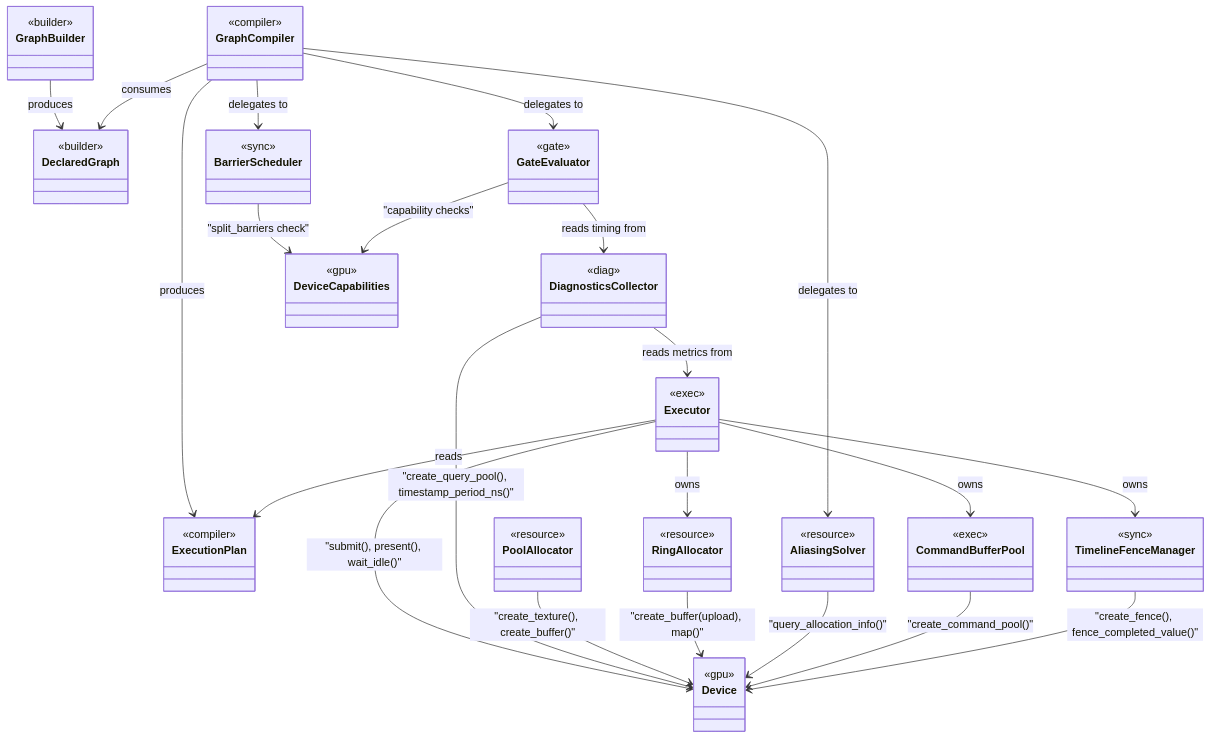
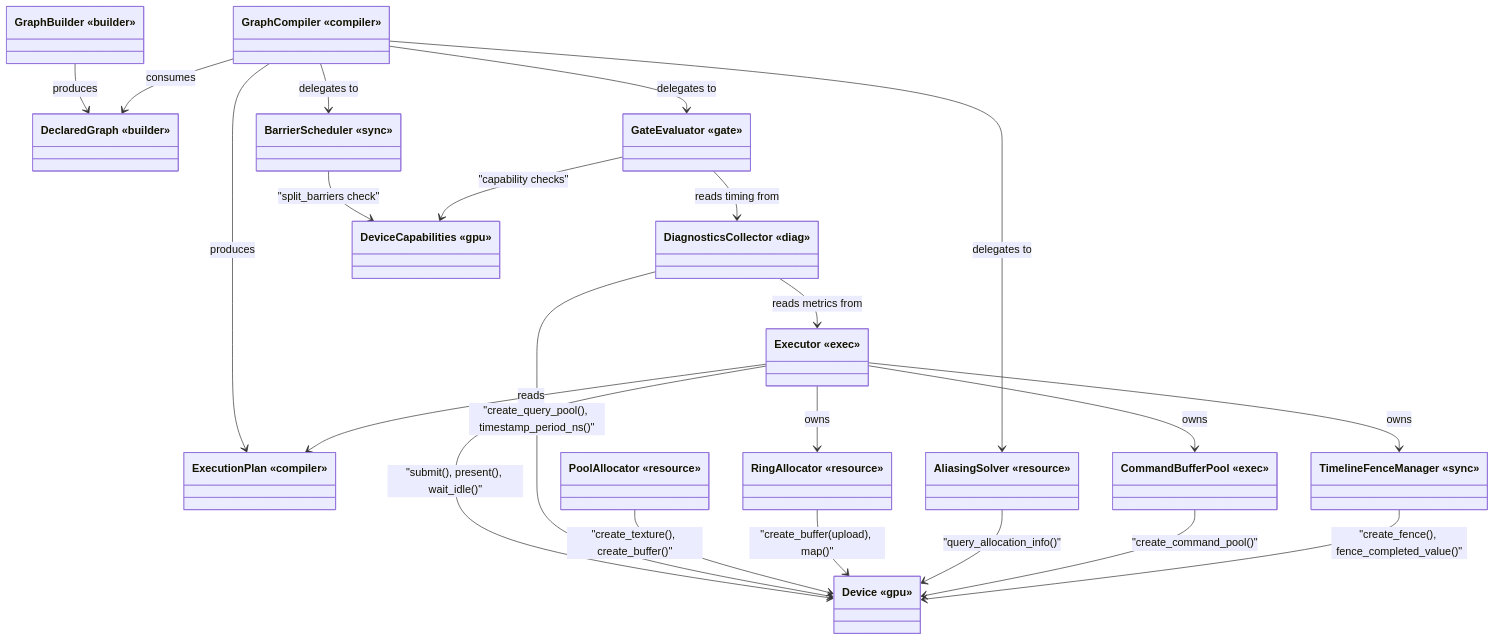
Before and after one commit to harmonius-dev/harmonius: the tenth of 15 diagrams in docs/design/render-graph-classes.md, drawn with Mermaid. The commit also changed other lines of this file and 26 other files, not shown here.

Commit message:
Add class diagrams and update CMake config

````diff
--- a/docs/design/render-graph-classes.md
+++ b/docs/design/render-graph-classes.md
@@ -688,70 +866,40 @@
 ```mermaid
 classDiagram
-    class GraphBuilder {
-        <<builder>>
-    }
-    class DeclaredGraph {
-        <<builder>>
-    }
-    class GraphCompiler {
-        <<compiler>>
-    }
-    class ExecutionPlan {
-        <<compiler>>
-    }
-    class GateEvaluator {
-        <<gate>>
-    }
-    class BarrierScheduler {
-        <<sync>>
-    }
-    class AliasingSolver {
-        <<resource>>
-    }
-    class Executor {
-        <<exec>>
-    }
-    class TimelineFenceManager {
-        <<sync>>
-    }
-    class CommandBufferPool {
-        <<exec>>
-    }
-    class RingAllocator {
-        <<resource>>
-    }
-    class PoolAllocator {
-        <<resource>>
-    }
-    class DiagnosticsCollector {
-        <<diag>>
-    }
-    class Device {
-        <<gpu>>
-    }
-    class DeviceCapabilities {
-        <<gpu>>
-    }
+    class GraphBuilder["GraphBuilder «builder»"]
+    class DeclaredGraph["DeclaredGraph «builder»"]
+    class GraphCompiler["GraphCompiler «compiler»"]
+    class ExecutionPlan["ExecutionPlan «compiler»"]
+    class GateEvaluator["GateEvaluator «gate»"]
+    class BarrierScheduler["BarrierScheduler «sync»"]
+    class AliasingSolver["AliasingSolver «resource»"]
+    class Executor["Executor «exec»"]
+    class TimelineFenceManager["TimelineFenceManager «sync»"]
+    class CommandBufferPool["CommandBufferPool «exec»"]
+    class RingAllocator["RingAllocator «resource»"]
+    class PoolAllocator["PoolAllocator «resource»"]
+    class DiagnosticsCollector["DiagnosticsCollector «diag»"]
+    class Device["Device «gpu»"]
+    class DeviceCapabilities["DeviceCapabilities «gpu»"]
 
     GraphBuilder --> DeclaredGraph : produces
     GraphCompiler --> DeclaredGraph : consumes
     GraphCompiler --> GateEvaluator : delegates to
     GraphCompiler --> BarrierScheduler : delegates to
     GraphCompiler --> AliasingSolver : delegates to
     GraphCompiler --> ExecutionPlan : produces
     Executor --> ExecutionPlan : reads
     Executor --> TimelineFenceManager : owns
     Executor --> CommandBufferPool : owns
     Executor --> RingAllocator : owns
     Executor --> Device : "submit(), present(), wait_idle()"
     DiagnosticsCollector --> Executor : reads metrics from
     DiagnosticsCollector --> Device : "create_query_pool(), timestamp_period_ns()"
     PoolAllocator --> Device : "create_texture(), create_buffer()"
     RingAllocator --> Device : "create_buffer(upload), map()"
     AliasingSolver --> Device : "query_allocation_info()"
     BarrierScheduler --> DeviceCapabilities : "split_barriers check"
     GateEvaluator --> DiagnosticsCollector : reads timing from
     GateEvaluator --> DeviceCapabilities : "capability checks"
     CommandBufferPool --> Device : "create_command_pool()"
     TimelineFenceManager --> Device : "create_fence(), fence_completed_value()"
 ```
````
